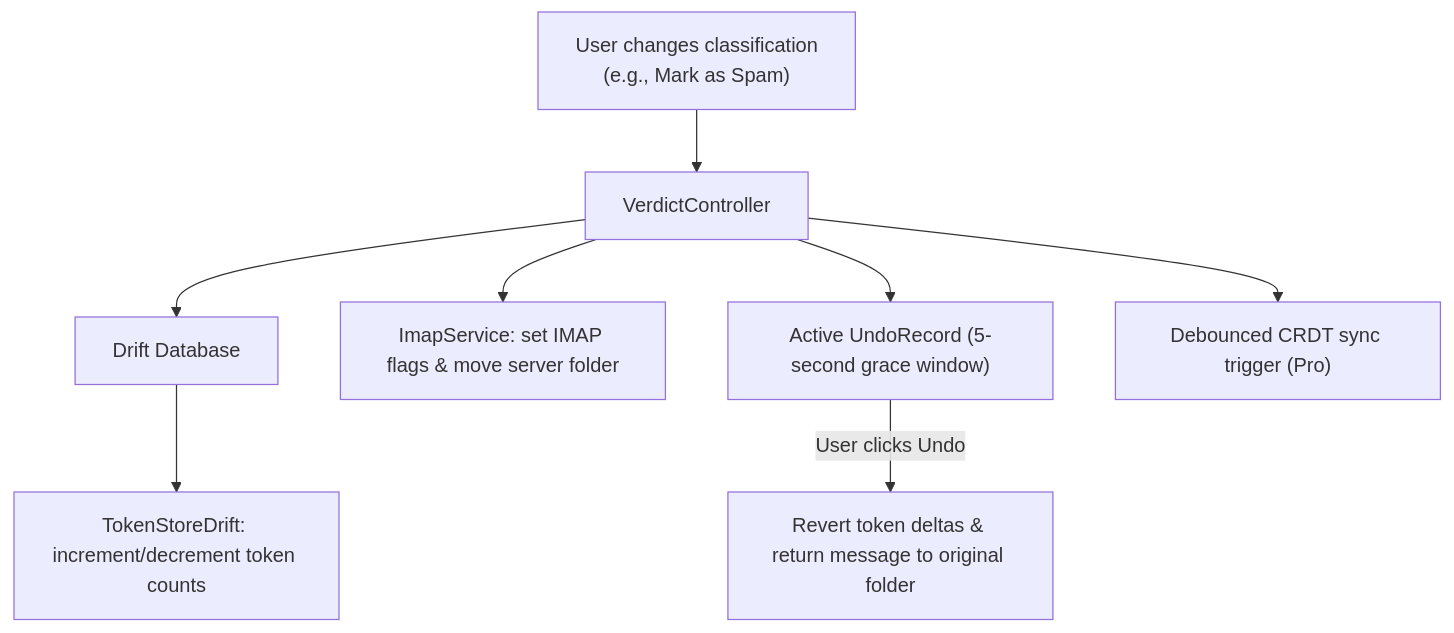
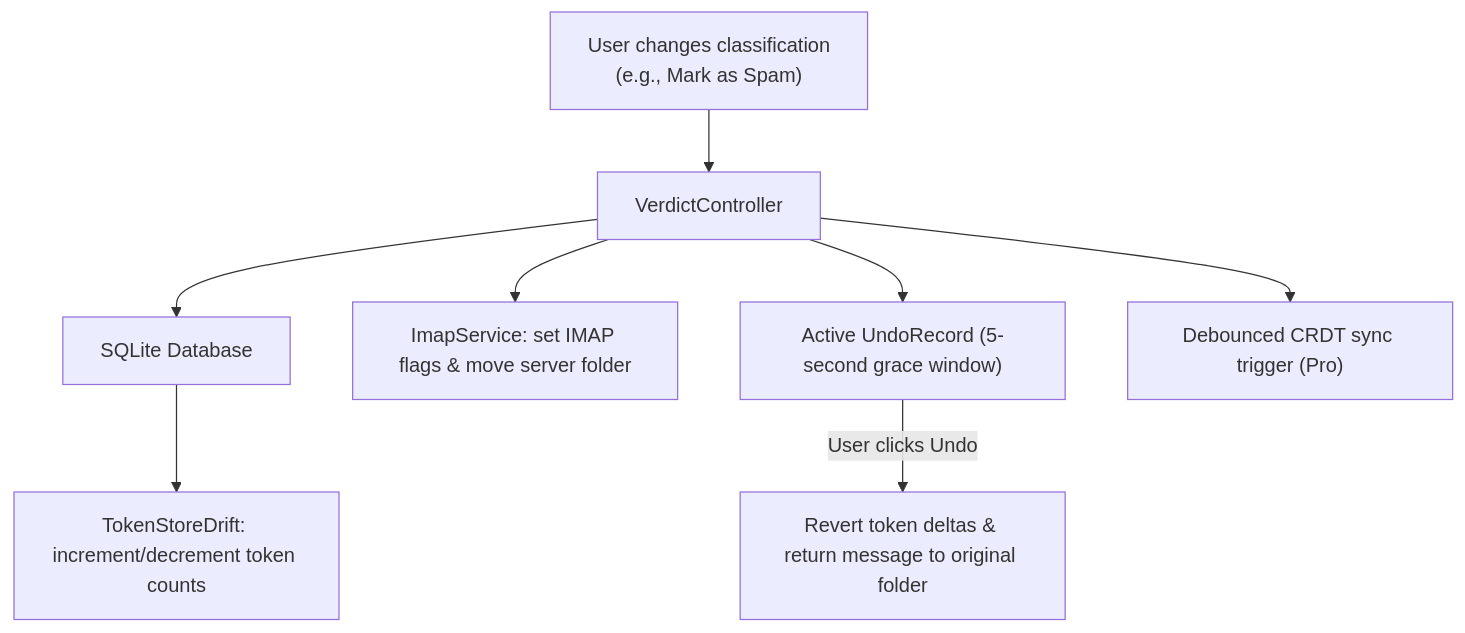
One commit to JustinGuese/flutter-spamfiltering-emailclient changed the second of 2 diagrams in docs/concepts/spam-filter.md. Above: the diagram before and after it, drawn with Mermaid. The commit also changed 12 other files, not shown here.

Commit message:
add CLAUDE.md; correct docs: SQLite not Drift, real file names, pending_imap_actions, sync PUT

````diff
--- a/docs/concepts/spam-filter.md
+++ b/docs/concepts/spam-filter.md
@@ -101,10 +101,10 @@
 ```mermaid
 flowchart TD
     User["User changes classification<br/>(e.g., Mark as Spam)"] --> VC["VerdictController"]
-    VC --> DB["Drift Database"]
+    VC --> DB["SQLite Database"]
     DB --> TS["TokenStoreDrift: increment/decrement token counts"]
     VC --> IMAP["ImapService: set IMAP flags & move server folder"]
     VC --> Undo["Active UndoRecord (5-second grace window)"]
     VC --> CRDT["Debounced CRDT sync trigger (Pro)"]
     Undo -- User clicks Undo --> Revert["Revert token deltas & return message to original folder"]
 ```
````
